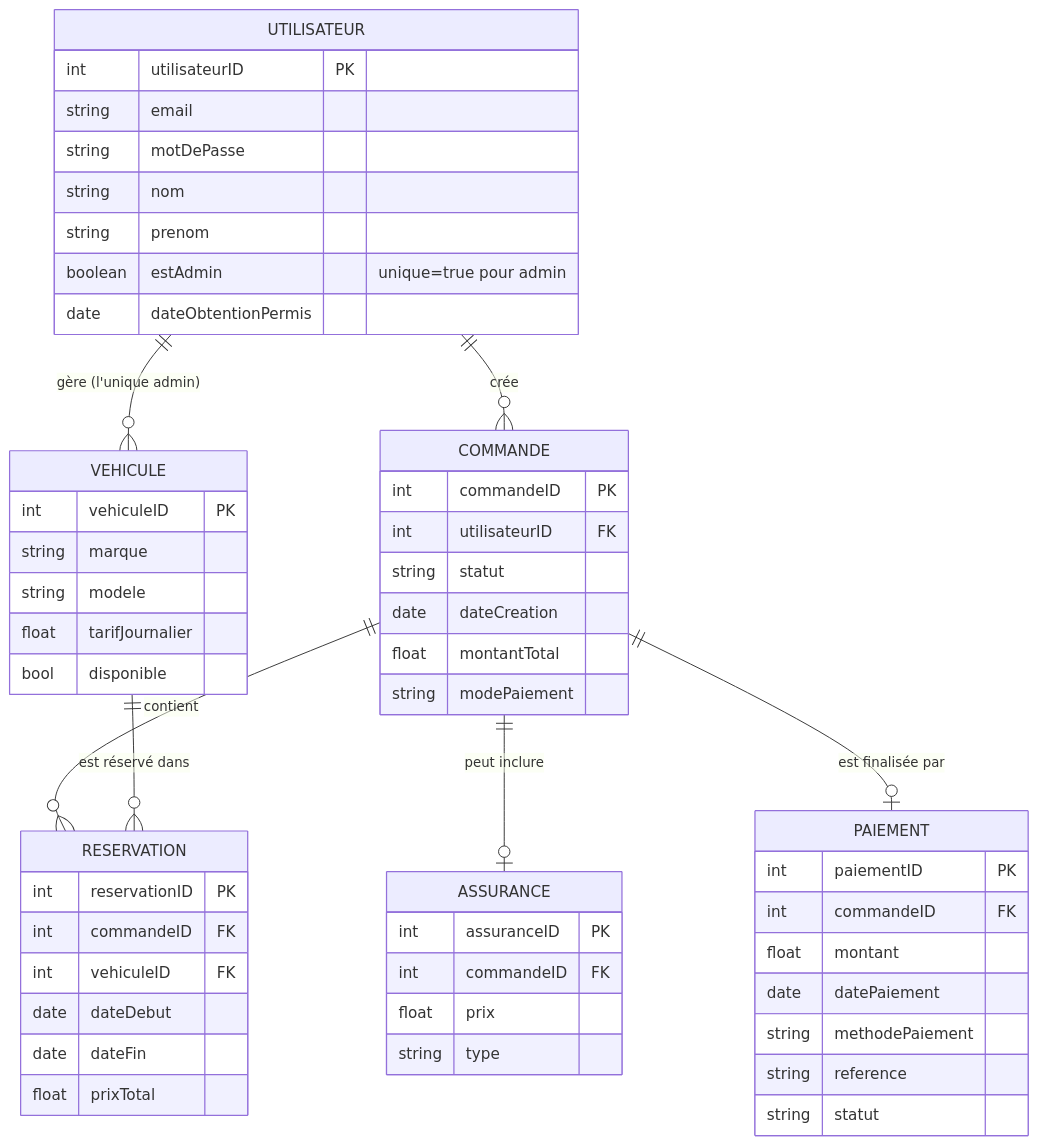
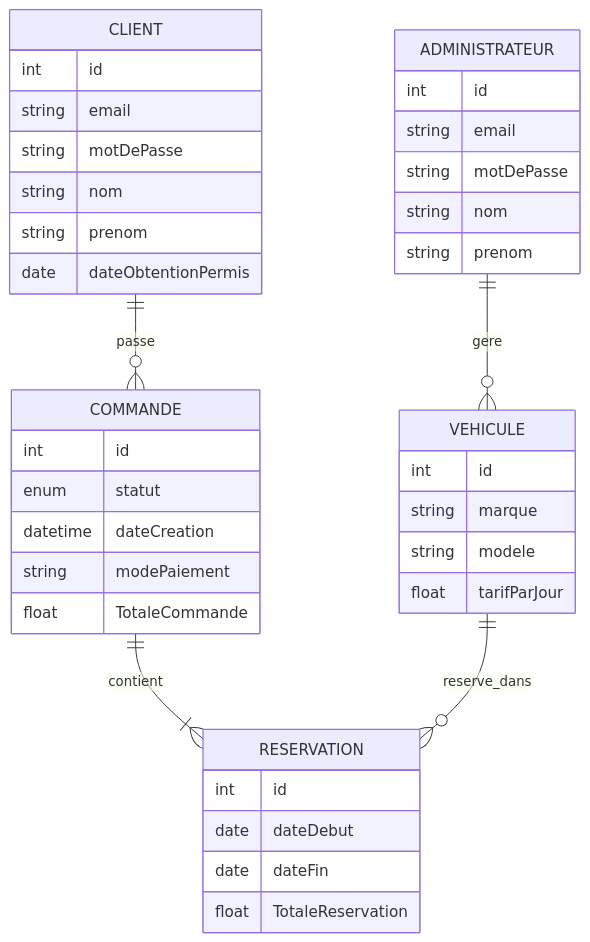
One commit to MelinaFeutrier/renforcement_backend changed the diagram in schema.mmd. Above: the diagram before and after it, drawn with Mermaid. The commit also changed 7 other files, not shown here.

```diff
--- a/schema.mmd
+++ b/schema.mmd
@@ -1,60 +1,44 @@
 erDiagram
-    UTILISATEUR {
-        int utilisateurID PK
+    CLIENT ||--o{ COMMANDE : passe
+    ADMINISTRATEUR ||--o{ VEHICULE : gere
+    COMMANDE ||--|{ RESERVATION : contient
+    VEHICULE ||--o{ RESERVATION : reserve_dans
+
+    CLIENT {
+        int id
         string email
         string motDePasse
         string nom
         string prenom
-        boolean estAdmin "unique=true pour admin"
         date dateObtentionPermis
     }
 
+    ADMINISTRATEUR {
+        int id
+        string email
+        string motDePasse
+        string nom
+        string prenom
+    }
+
     VEHICULE {
-        int vehiculeID PK
+        int id
         string marque
         string modele
-        float tarifJournalier
-        bool disponible
+        float tarifParJour
     }
 
     COMMANDE {
-        int commandeID PK
-        int utilisateurID FK
-        string statut
-        date dateCreation
-        float montantTotal
+        int id
+        enum statut
+        datetime dateCreation
         string modePaiement
+        float TotaleCommande
     }
 
     RESERVATION {
-        int reservationID PK
-        int commandeID FK
-        int vehiculeID FK
+        int id
         date dateDebut
         date dateFin
-        float prixTotal
+        float TotaleReservation
     }
-
-    ASSURANCE {
-        int assuranceID PK
-        int commandeID FK
-        float prix
-        string type
-    }
-
-    PAIEMENT {
-        int paiementID PK
-        int commandeID FK
-        float montant
-        date datePaiement
-        string methodePaiement
-        string reference
-        string statut
-    }
-
-    UTILISATEUR ||--o{ COMMANDE : "crée"
-    UTILISATEUR ||--o{ VEHICULE : "gère (l'unique admin)"
-    COMMANDE ||--o{ RESERVATION : "contient"
-    COMMANDE ||--o| ASSURANCE : "peut inclure"
-    COMMANDE ||--o| PAIEMENT : "est finalisée par"
-    VEHICULE ||--o{ RESERVATION : "est réservé dans"
```
